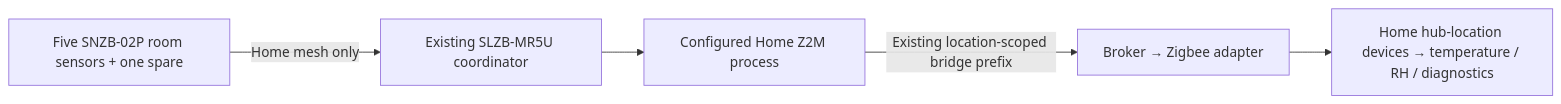
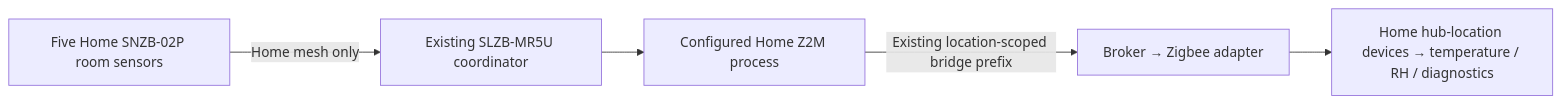
Before and after one commit to ImpressiveLLC/FaceoftheCabin: the sixth of 7 diagrams in docs/hardware/doc27-schematics.md, drawn with Mermaid. The commit also changed other lines of this file and 6 other files, not shown here.

````diff
--- a/docs/hardware/doc27-schematics.md
+++ b/docs/hardware/doc27-schematics.md
@@ -130,7 +129,7 @@
 ```mermaid
 flowchart LR
-  T[Five SNZB-02P room sensors + one spare] -->|Home mesh only| CO[Existing SLZB-MR5U coordinator]
+  T[Five Home SNZB-02P room sensors] -->|Home mesh only| CO[Existing SLZB-MR5U coordinator]
   CO --> Z[Configured Home Z2M process]
   Z -->|Existing location-scoped bridge prefix| B[Broker → Zigbee adapter]
   B --> R[Home hub-location devices → temperature / RH / diagnostics]
 ```
````
